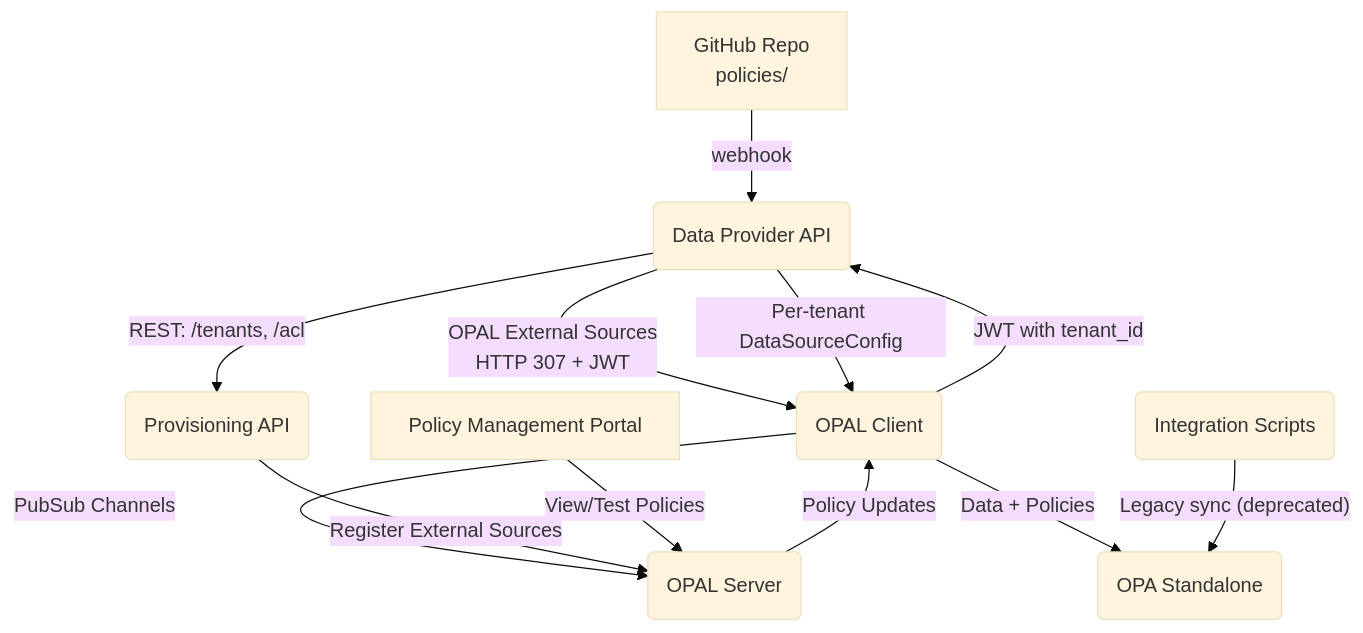
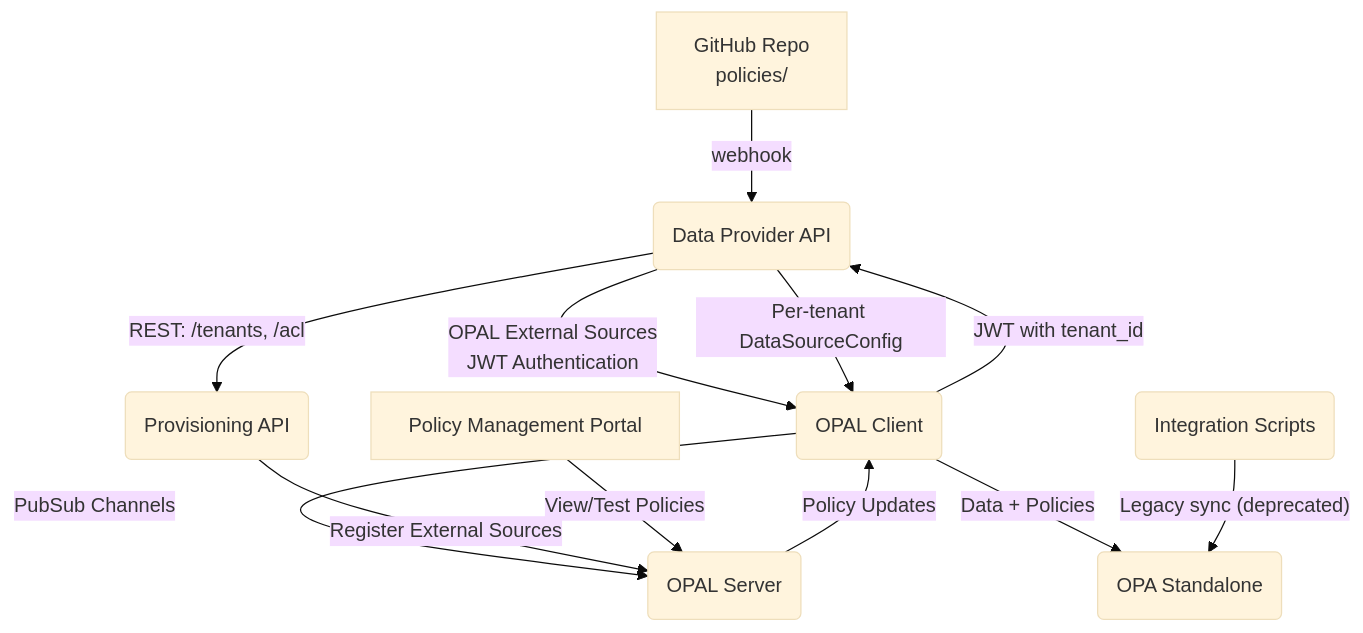
The diagram in docs/ARCHITECTURE.md (plduser/opa-zero-poll), drawn with Mermaid (base theme) before and after one commit. The commit also changed other lines of this file and 1 other file, not shown here.

Commit message:
docs: Refaktoryzacja dokumentacji - usunięcie HTTP 307 redirects i emotek. README.md: kompletna przebudowa z Quick Start. docs/ARCHITECTURE.md: poprawiony tenant isolation (single topic + hierarchiczny dst_path). Dokumentacja spójna z implementacją.

````diff
--- a/docs/ARCHITECTURE.md
+++ b/docs/ARCHITECTURE.md
@@ -10,14 +10,14 @@
 ```mermaid
 graph TD
     A[GitHub Repo<br/>policies/] -- webhook --> B(Data Provider API)
-    B -- "OPAL External Sources<br/>HTTP 307 + JWT" --> C(OPAL Client)
+    B -- "OPAL External Sources<br/>JWT Authentication" --> C(OPAL Client)
     C -- "JWT with tenant_id" --> B
     B -- "Per-tenant DataSourceConfig" --> C
     C -- "PubSub Channels" --> D(OPAL Server)
     D -- "Policy Updates" --> C
     C -- "Data + Policies" --> E(OPA Standalone)
     B -- REST: /tenants, /acl --> F(Provisioning API)
     F -- "Register External Sources" --> D
     G(Integration Scripts) -- "Legacy sync (deprecated)" --> E
     H[Policy Management Portal] -- "View/Test Policies" --> D
 ```
````
